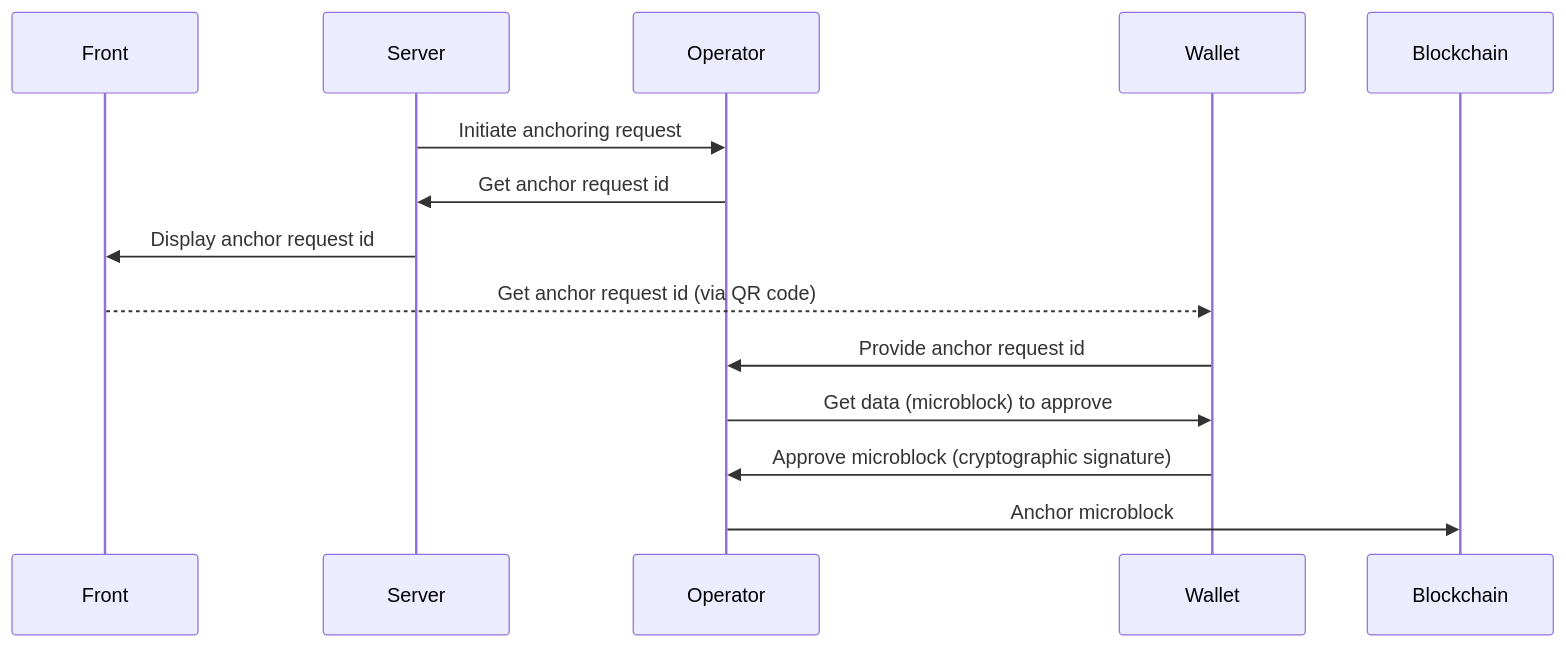
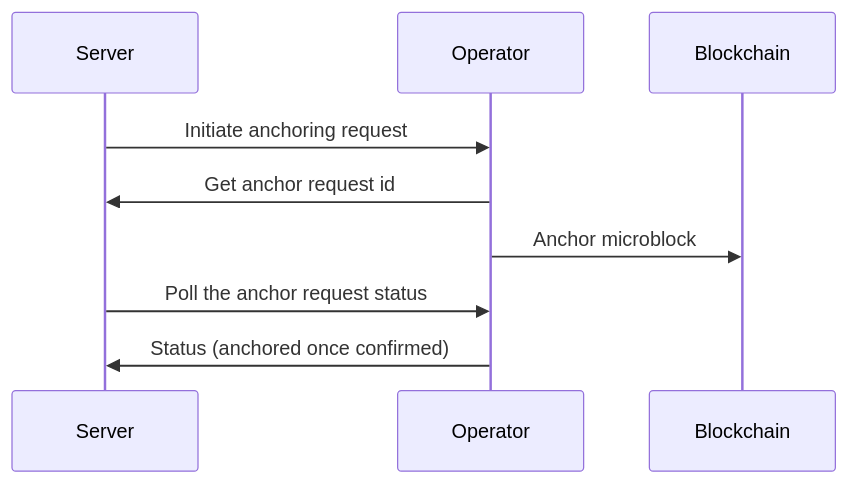
One commit to Carmentis/carmentis-docs-source changed the third of 3 diagrams in docs/concepts/overview.md. Above: the diagram before and after it, drawn with Mermaid. The commit also changed other lines of this file, not shown here.

Commit message:
docs: simplify ecosystem overview by removing redundant flowcharts and clarifying operator roles

````diff
--- a/docs/concepts/overview.md
+++ b/docs/concepts/overview.md
@@ -329,17 +292,11 @@
 ```mermaid
 sequenceDiagram
-    participant Front
     participant Server
     participant Operator
-    participant Wallet
     participant Blockchain
     Server->>Operator: Initiate anchoring request
     Operator->>Server: Get anchor request id
-    Server->>Front: Display anchor request id
-    Front-->>Wallet: Get anchor request id (via QR code)
-    Wallet->>Operator: Provide anchor request id
-    Operator->>Wallet: Get data (microblock) to approve
-    Wallet->>Operator: Approve microblock (cryptographic signature)
     Operator->>Blockchain: Anchor microblock
-    
+    Server->>Operator: Poll the anchor request status
+    Operator->>Server: Status (anchored once confirmed)
 ```
````
